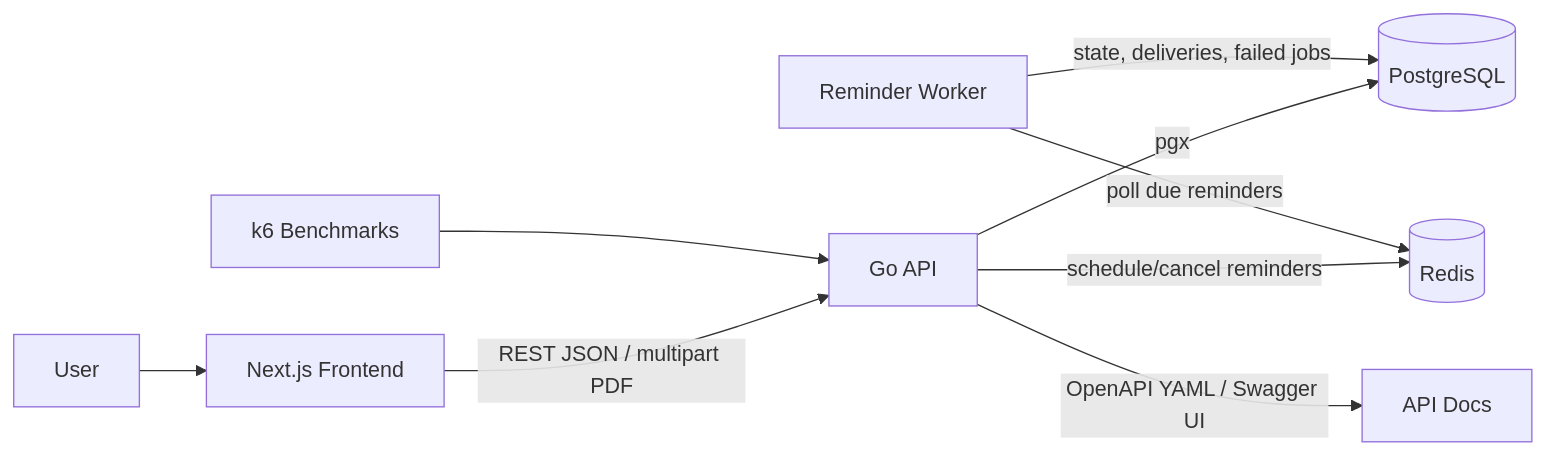
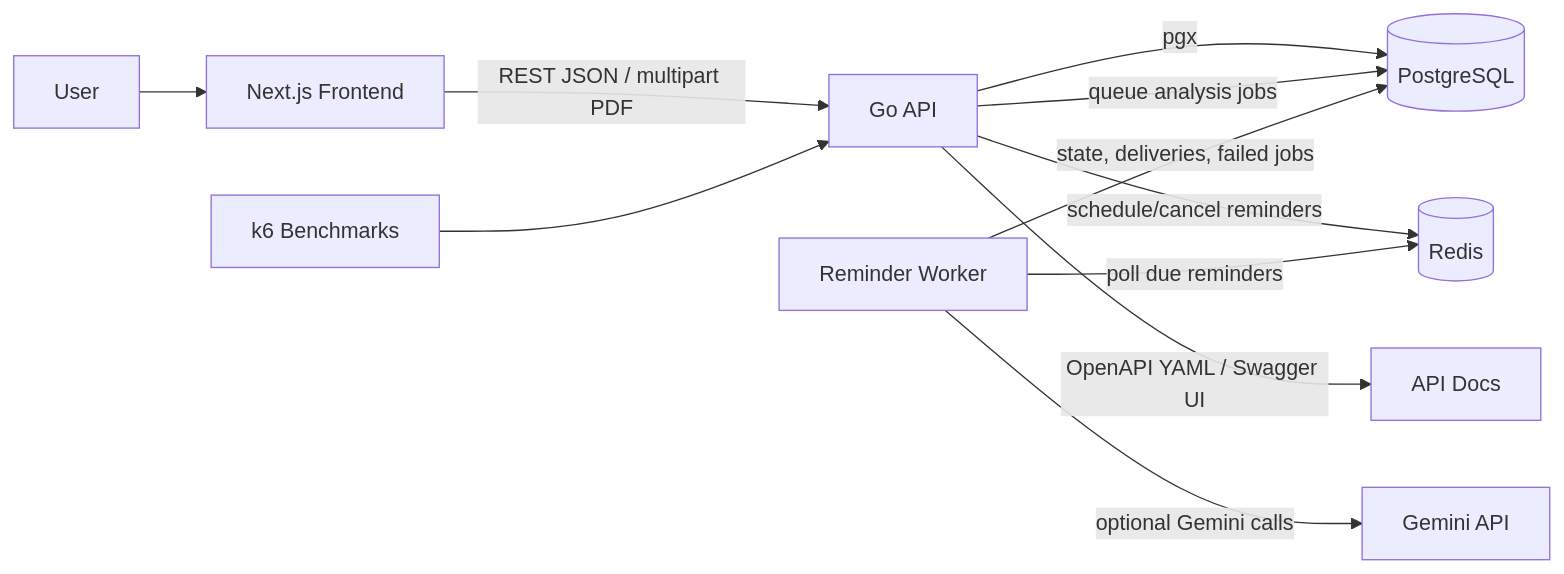
Before and after one commit to tiongMax/career-os: the diagram in docs/reference/architecture.md, drawn with Mermaid. The commit also changed other lines of this file and 135 other files, not shown here.

````diff
--- a/docs/reference/architecture.md
+++ b/docs/reference/architecture.md
@@ -79,11 +79,13 @@
 ```mermaid
 flowchart LR
   User[User] --> UI[Next.js Frontend]
   UI -->|REST JSON / multipart PDF| API[Go API]
   API -->|pgx| DB[(PostgreSQL)]
   API -->|schedule/cancel reminders| Redis[(Redis)]
+  API -->|queue analysis jobs| DB
   Worker[Reminder Worker] -->|poll due reminders| Redis
   Worker -->|state, deliveries, failed jobs| DB
+  Worker -->|optional Gemini calls| Gemini[Gemini API]
   API -->|OpenAPI YAML / Swagger UI| Docs[API Docs]
   Bench[k6 Benchmarks] --> API
 ```
````
